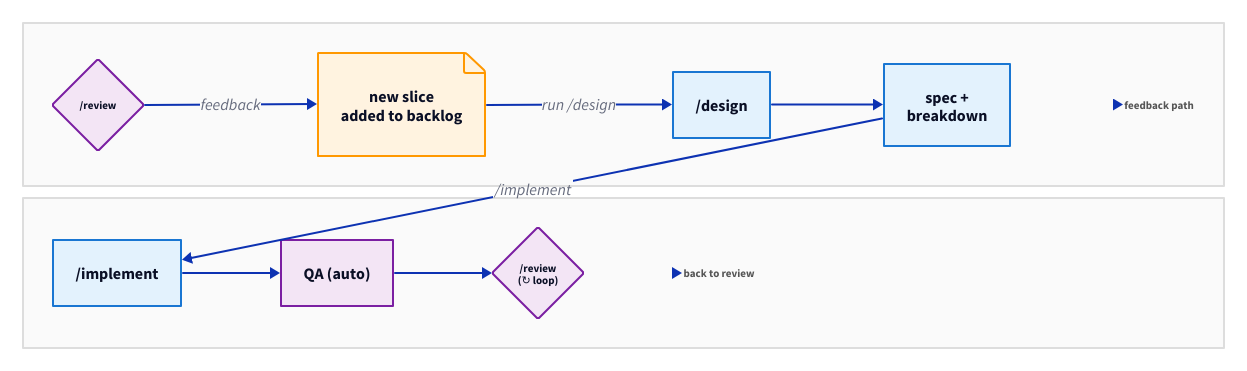
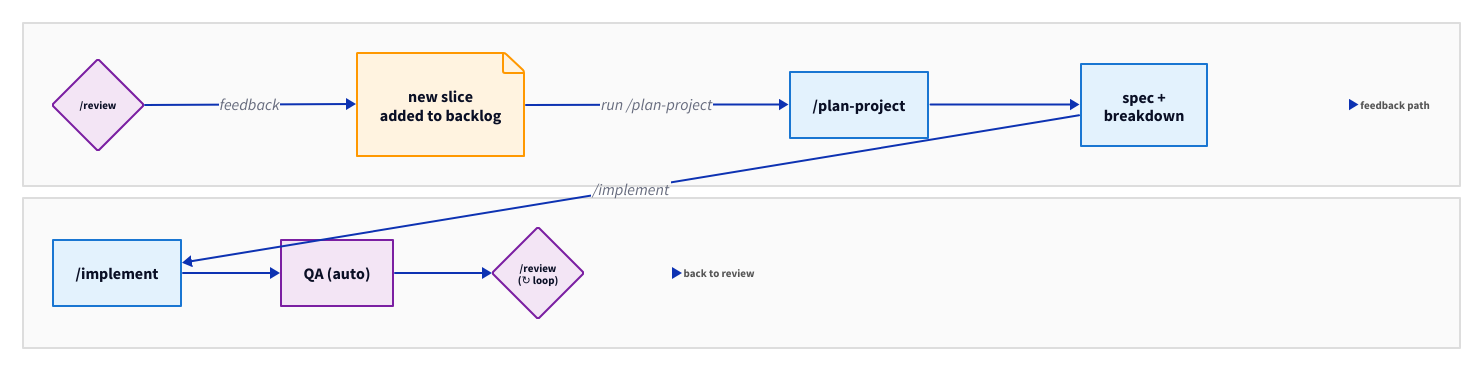
The diagram in docs/diagrams/feedback-loop.d2 (bcokert/command-init-orchestrator), drawn with D2 before and after one commit. The commit also changed 20 other files, not shown here.

```diff
--- a/docs/diagrams/feedback-loop.d2
+++ b/docs/diagrams/feedback-loop.d2
@@ -1,99 +1,99 @@
 vars: {
   d2-config: {
     layout-engine: dagre
   }
   colors: {
     design: "#e3f2fd"
     design-border: "#1976D2"
     impl: "#f5f5f5"
     impl-border: "#9e9e9e"
     qa: "#f3e5f5"
     qa-border: "#7B1FA2"
     archive: "#e8f5e9"
     archive-border: "#388E3C"
     feedback: "#fff3e0"
     feedback-border: "#FF9800"
     lc: "#555555"
   }
 }
 
 grid: "" {
   grid-rows: 2
   grid-gap: 12
   style.stroke: transparent
   style.fill: transparent
 
   row1: "" {
     direction: right
     style.fill: "#fafafa"
     style.stroke: "#dddddd"
 
     review: "/review" {
       shape: diamond
       width: 90
       height: 90
       style.fill: ${colors.qa}
       style.stroke: ${colors.qa-border}
       style.font-size: 11
     }
     new_slice: "new slice\nadded to backlog" {
       shape: page
       style.fill: ${colors.feedback}
       style.stroke: ${colors.feedback-border}
     }
-    design: /design {
+    design: /plan-project {
       style.fill: ${colors.design}
       style.stroke: ${colors.design-border}
     }
     spec: "spec +\nbreakdown" {
       style.fill: ${colors.design}
       style.stroke: ${colors.design-border}
     }
     _lbl: feedback path {
       shape: text
       style.font-size: 11
       style.bold: true
       style.font-color: ${colors.lc}
     }
 
     review -> new_slice: feedback
-    new_slice -> design: run /design
+    new_slice -> design: run /plan-project
     design -> spec
     spec -> _lbl { style.stroke-width: 0 }
   }
 
   row2: "" {
     direction: right
     style.fill: "#fafafa"
     style.stroke: "#dddddd"
 
     impl: /implement {
       style.fill: ${colors.design}
       style.stroke: ${colors.design-border}
     }
     qa: "QA (auto)" {
       style.fill: ${colors.qa}
       style.stroke: ${colors.qa-border}
     }
     review2: "/review\n(↻ loop)" {
       shape: diamond
       width: 90
       height: 90
       style.fill: ${colors.qa}
       style.stroke: ${colors.qa-border}
       style.font-size: 11
     }
     _lbl: back to review {
       shape: text
       style.font-size: 11
       style.bold: true
       style.font-color: ${colors.lc}
     }
 
     impl -> qa
     qa -> review2
     review2 -> _lbl { style.stroke-width: 0 }
   }
 }
 
 grid.row1.spec -> grid.row2.impl: /implement
```
